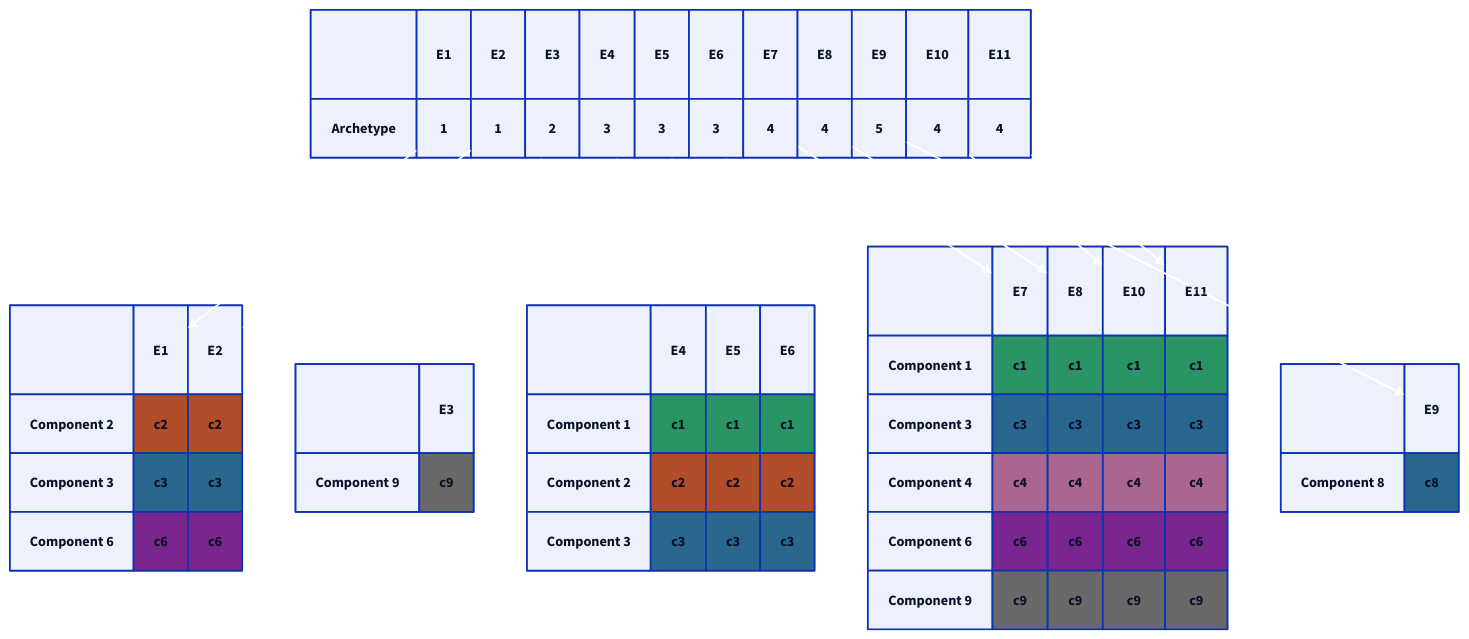
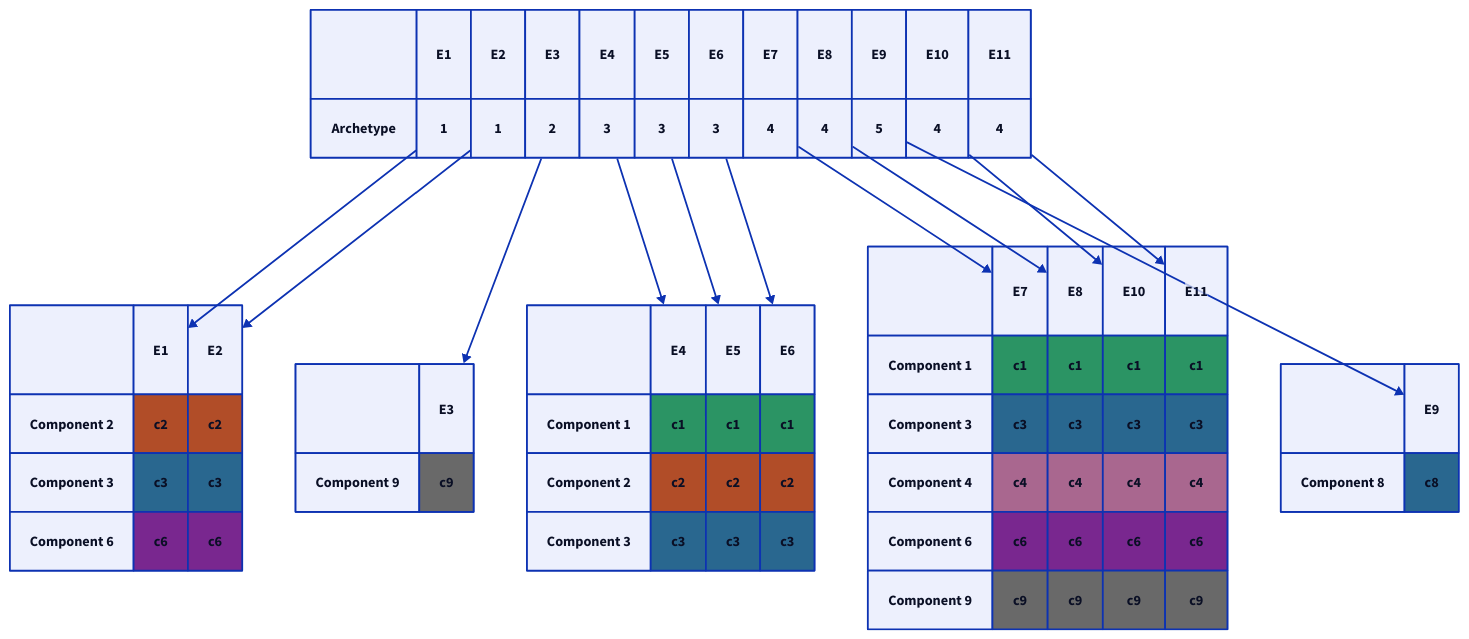
The diagram in ru/posts/ecs/1/3.d2 (blackbone/blackbone.github.io), drawn with D2 before and after one commit. The commit also changed 24 other files, not shown here.

```diff
--- a/ru/posts/ecs/1/3.d2
+++ b/ru/posts/ecs/1/3.d2
@@ -1,191 +1,187 @@
 classes: {
     none: { style.opacity: 0}
     arrow: {
         style.border-radius: 20
-        style.stroke: "#ffffff"
     }
     s1: { style.fill: "#2b9464" }
     s2: { style.fill: "#b14d28" }
     s3: { style.fill: "#29678f" }
     s4: { style.fill: "#a9678f" }
     s5: { style.fill: "#49672f" }
     s6: { style.fill: "#79278f" }
     s7: { style.fill: "#99272f" }
     s8: { style.fill: "#29678f" }
     s9: { style.fill: "#696969" }
-}
-style: {
-    opacity: 0
 }
 
 archetypes: '' {
     grid-rows: 2
     grid-columns: 12
     grid-gap: 0
 
     1-1: ''
     1-2: E1
     1-3: E2
     1-4: E3
     1-5: E4
     1-6: E5
     1-7: E6
     1-8: E7
     1-9: E8
     1-10: E9
     1-11: E10
     1-12: E11
 
     2-1: Archetype
     2-2: 1
     2-3: 1
     2-4: 2
     2-5: 3
     2-6: 3
     2-7: 3
     2-8: 4
     2-9: 4
     2-10: 5
     2-11: 4
     2-12: 4
 }
 
 archetype-1: '' {
     grid-rows: 4
     grid-columns: 3
     grid-gap: 0
 
     1-1: ''
     1-2: E1
     1-3: E2
 
     2-1: Component 2
     2-2: c2 { class: s2 }
     2-3: c2 { class: s2 }
 
     3-1: Component 3
     3-2: c3 { class: s3 }
     3-3: c3 { class: s3 }
 
     4-1: Component 6
     4-2: c6 { class: s6 }
     4-3: c6 { class: s6 }
 }
 
 archetype-2: '' {
     grid-rows: 2
     grid-columns: 2
     grid-gap: 0
 
     1-1: ''
     1-2: E3
 
     2-1: Component 9
     2-2: c9 { class: s9 }
 }
 
 archetype-3: '' {
     grid-rows: 4
     grid-columns: 4
     grid-gap: 0
 
     1-1: ''
     1-2: E4
     1-3: E5
     1-4: E6
 
     2-1: Component 1
     2-2: c1 { class: s1 }
     2-3: c1 { class: s1 }
     2-4: c1 { class: s1 }
 
     3-1: Component 2
     3-2: c2 { class: s2 }
     3-3: c2 { class: s2 }
     3-4: c2 { class: s2 }
 
     4-1: Component 3
     4-2: c3 { class: s3 }
     4-3: c3 { class: s3 }
     4-4: c3 { class: s3 }
 }
 
 archetype-4: '' {
     grid-rows: 6
     grid-columns: 5
     grid-gap: 0
 
     1-1: ''
     1-2: E7
     1-3: E8
     1-4: E10
     1-5: E11
 
     2-1: Component 1
     2-2: c1 { class: s1 }
     2-3: c1 { class: s1 }
     2-4: c1 { class: s1 }
     2-5: c1 { class: s1 }
 
     3-1: Component 3
     3-2: c3 { class: s3 }
     3-3: c3 { class: s3 }
     3-4: c3 { class: s3 }
     3-5: c3 { class: s3 }
 
     4-1: Component 4
     4-2: c4 { class: s4 }
     4-3: c4 { class: s4 }
     4-4: c4 { class: s4 }
     4-5: c4 { class: s4 }
 
     5-1: Component 6
     5-2: c6 { class: s6 }
     5-3: c6 { class: s6 }
     5-4: c6 { class: s6 }
     5-5: c6 { class: s6 }
 
     6-1: Component 9
     6-2: c9 { class: s9 }
     6-3: c9 { class: s9 }
     6-4: c9 { class: s9 }
     6-5: c9 { class: s9 }
 }
 
 archetype-5: '' {
     grid-rows: 2
     grid-columns: 2
     grid-gap: 0
 
     1-1: ''
     1-2: E9
 
     2-1: Component 8
     2-2: c8 { class: s8 }
 }
 
 vars: [
     a1: 
 ]
 
 archetypes -> archetype-1: { class: none }
 archetypes -> archetype-2: { class: none }
 archetypes -> archetype-3: { class: none }
 archetypes -> archetype-4: { class: none }
 archetypes -> archetype-5: { class: none }
 archetypes.2-2 -> archetype-1.1-2: { class: arrow }
 archetypes.2-3 -> archetype-1.1-3: { class: arrow }
 
 archetypes.2-4 -> archetype-2.1-2: { class: arrow }
 
 archetypes.2-5 -> archetype-3.1-2: { class: arrow }
 archetypes.2-6 -> archetype-3.1-3: { class: arrow }
 archetypes.2-7 -> archetype-3.1-4: { class: arrow }
 
 archetypes.2-8 -> archetype-4.1-2: { class: arrow }
 archetypes.2-9 -> archetype-4.1-3: { class: arrow }
 
 archetypes.2-10 -> archetype-5.1-2: { class: arrow }
 
 archetypes.2-11 -> archetype-4.1-4: { class: arrow }
 archetypes.2-12 -> archetype-4.1-5: { class: arrow }
```
